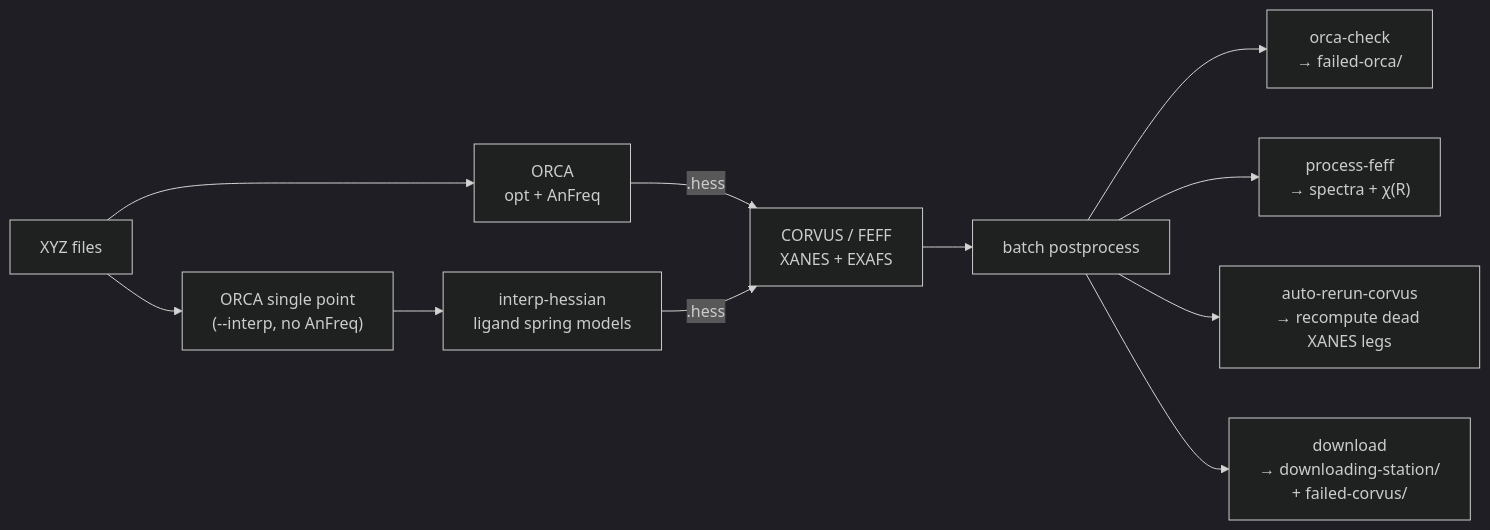
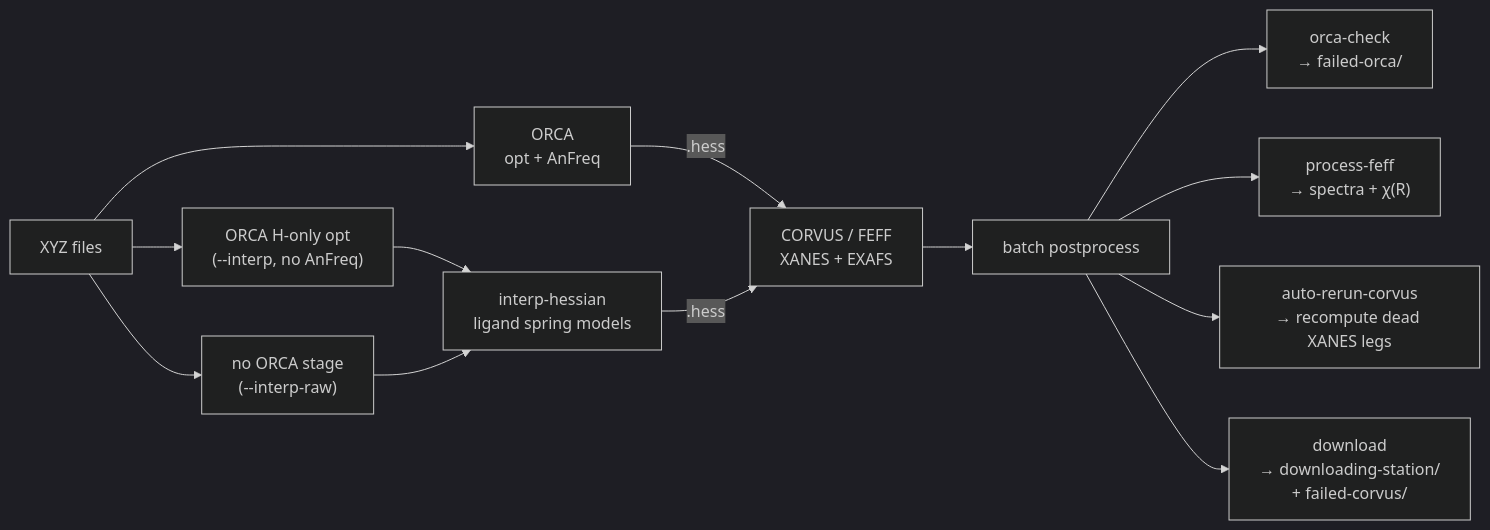
The diagram in README.md (stetef/xas-pipeline), drawn with Mermaid (dark theme) before and after one commit. The commit also changed other lines of this file and 8 other files, not shown here.

````diff
--- a/README.md
+++ b/README.md
@@ -23,13 +23,15 @@
 ```mermaid
 flowchart LR
     XYZ["XYZ files"] --> ORCA["ORCA<br/>opt + AnFreq"]
-    XYZ --> INTERP["ORCA single point<br/>(--interp, no AnFreq)"]
+    XYZ --> INTERP["ORCA H-only opt<br/>(--interp, no AnFreq)"]
+    XYZ --> RAW["no ORCA stage<br/>(--interp-raw)"]
     ORCA -->|".hess"| CORVUS["CORVUS / FEFF<br/>XANES + EXAFS"]
     INTERP --> SPRING["interp-hessian<br/>ligand spring models"]
+    RAW --> SPRING
     SPRING -->|".hess"| CORVUS
     CORVUS --> POST["batch postprocess"]
     POST --> A["orca-check<br/>→ failed-orca/"]
     POST --> B["process-feff<br/>→ spectra + χ(R)"]
     POST --> D["auto-rerun-corvus<br/>→ recompute dead XANES legs"]
     POST --> C["download<br/>→ downloading-station/<br/>+ failed-corvus/"]
 ```
````
